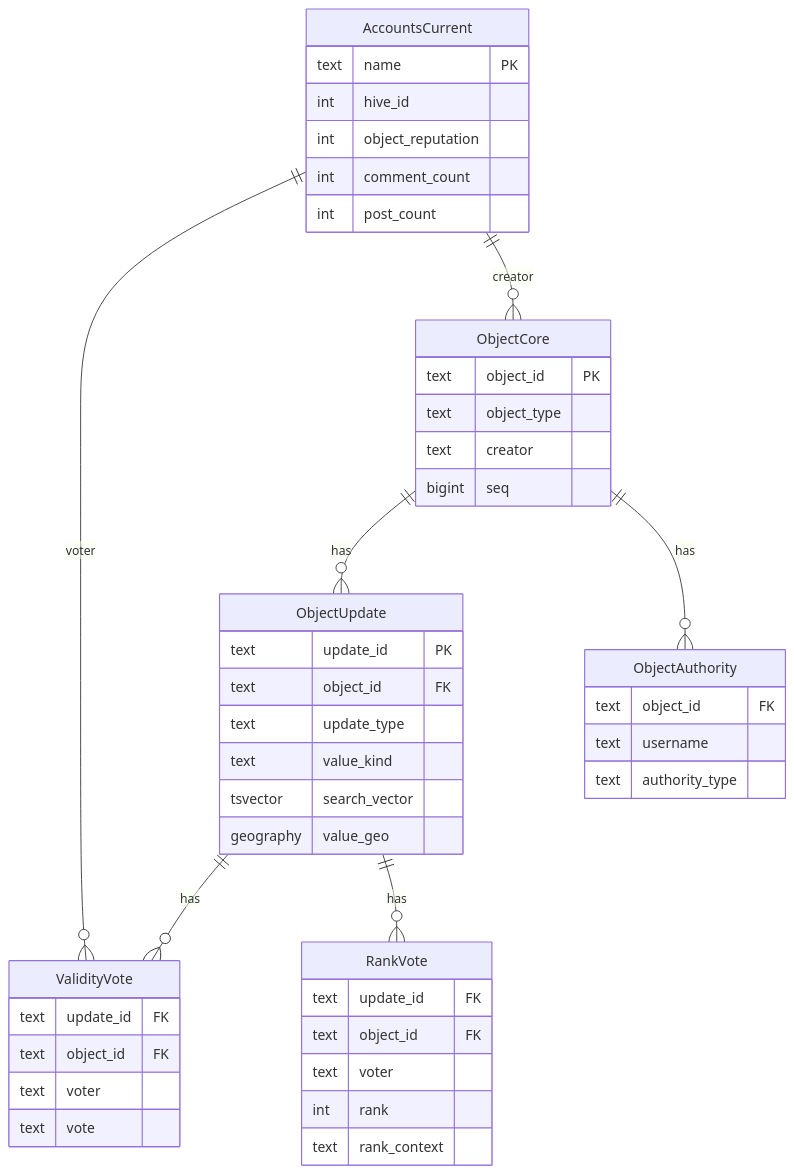
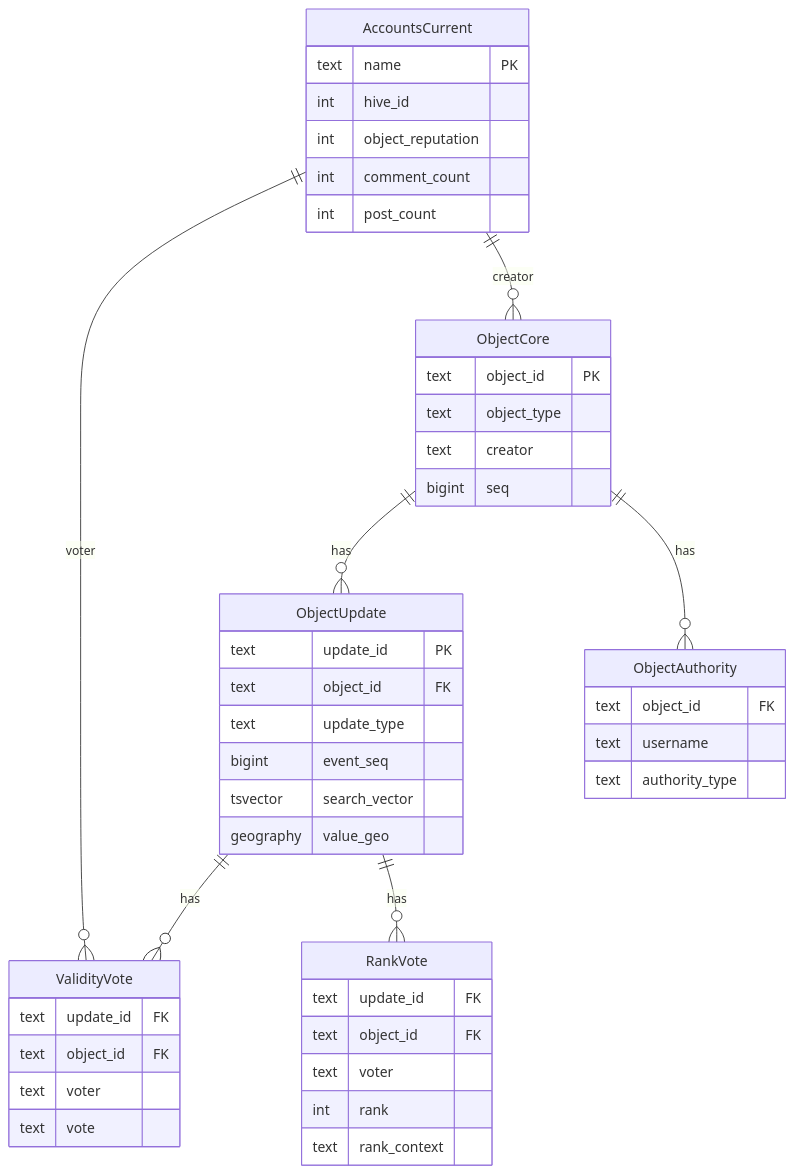
Before and after one commit to Waiviogit/open-data-layer: the first of 3 diagrams in spec/postgres-concept/flow.md, drawn with Mermaid. The commit also changed other lines of this file and 8 other files, not shown here.

````diff
--- a/spec/postgres-concept/flow.md
+++ b/spec/postgres-concept/flow.md
@@ -31,55 +31,55 @@
 ```mermaid
 erDiagram
   ObjectCore ||--o{ ObjectUpdate : "has"
   ObjectUpdate ||--o{ ValidityVote : "has"
   ObjectUpdate ||--o{ RankVote : "has"
 
   ObjectCore {
     text object_id PK
     text object_type
     text creator
     bigint seq
   }
 
   ObjectUpdate {
     text update_id PK
     text object_id FK
     text update_type
-    text value_kind
+    bigint event_seq
     tsvector search_vector
     geography value_geo
   }
 
   ValidityVote {
     text update_id FK
     text object_id FK
     text voter
     text vote
   }
 
   RankVote {
     text update_id FK
     text object_id FK
     text voter
     int rank
     text rank_context
   }
 
   ObjectAuthority {
     text object_id FK
     text username
     text authority_type
   }
 
   AccountsCurrent {
     text name PK
     int hive_id
     int object_reputation
     int comment_count
     int post_count
   }
 
   ObjectCore ||--o{ ObjectAuthority : "has"
   AccountsCurrent ||--o{ ValidityVote : "voter"
   AccountsCurrent ||--o{ ObjectCore : "creator"
 ```
````
